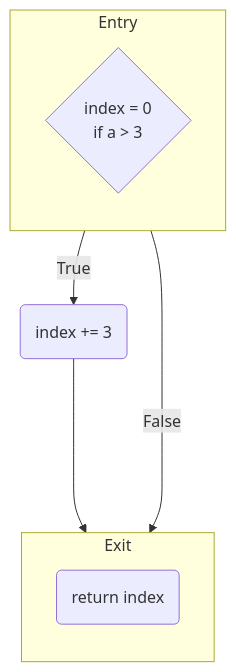
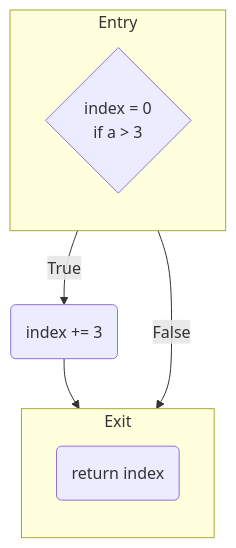
The fourth of 18 diagrams in src/content/docs/developers/fast-cfg.mdx (moosetechnology/moosetechnology.github.io), drawn with Mermaid before and after one commit. The commit also changed other lines of this file, not shown here.

Commit message:
Correction des flèches dans les diagrammes de flux pour une meilleure clarté

````diff
--- a/src/content/docs/developers/fast-cfg.mdx
+++ b/src/content/docs/developers/fast-cfg.mdx
@@ -296,20 +296,20 @@
 ```mermaid
 flowchart TD
 	subgraph Entry
 		direction TB
 		1
 	end
 
 	subgraph Exit
 		direction TB
 		3
 	end
 
 	1{"index = 0<br/>	if a > 3 "}
 	2("index += 3 ")
 	3("return index ")
 	1 -- True --> 2
 	1 -- False --> 3
-	2 ----> 3
+	2 --> 3
 	
 ```
````
